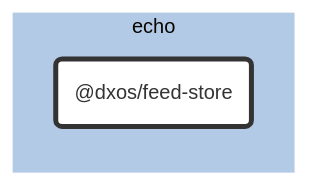
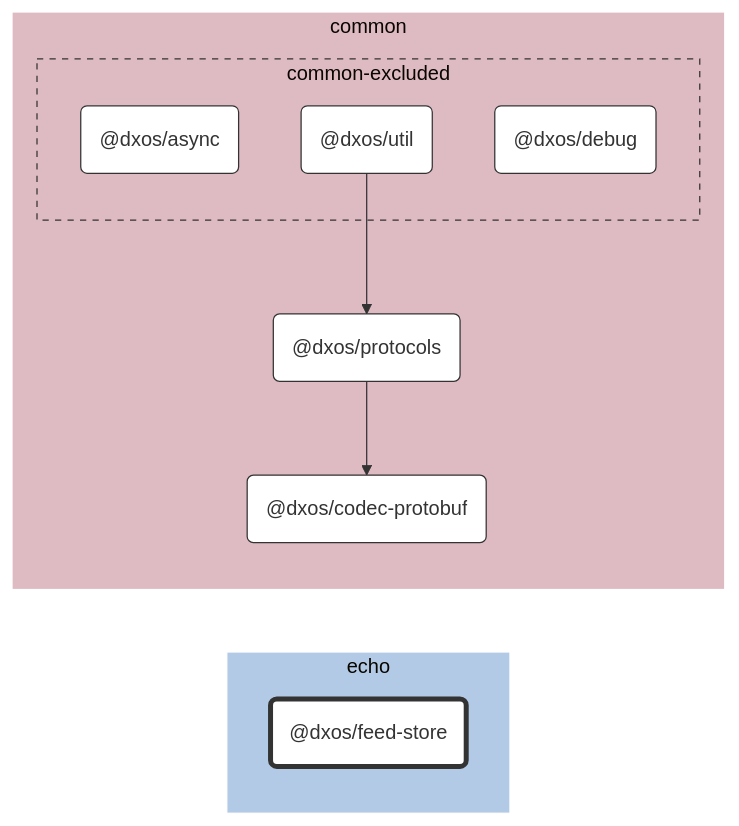
The diagram in packages/echo/feed-store/docs/README.md (dxos/dxos), drawn with Mermaid (base theme) before and after one commit. The commit also changed 65 other files, not shown here.

````diff
--- a/packages/echo/feed-store/docs/README.md
+++ b/packages/echo/feed-store/docs/README.md
@@ -7,20 +7,40 @@
 ```mermaid
 %%{ init: {'flowchart':{'curve':'basis'}} }%%
 
 flowchart LR
 
 %% Classes
 classDef def fill:#fff,stroke:#333,stroke-width:1px
 classDef root fill:#fff,stroke:#333,stroke-width:4px
 
 %% Nodes
 
 subgraph echo [echo]
   style echo fill:#b3cae6,stroke:#fff
   dxos/feed-store("@dxos/feed-store"):::root
   click dxos/feed-store "dxos/dxos/tree/main/packages/echo/feed-store/docs"
 end
 
+subgraph common [common]
+  style common fill:#debac2,stroke:#fff
+  dxos/protocols("@dxos/protocols"):::def
+  click dxos/protocols "dxos/dxos/tree/main/packages/common/protocols/docs"
+  dxos/codec-protobuf("@dxos/codec-protobuf"):::def
+  click dxos/codec-protobuf "dxos/dxos/tree/main/packages/common/codec-protobuf/docs"
+
+  subgraph common-excluded [common-excluded]
+    style common-excluded fill:#debac2,stroke:#333,stroke-dasharray:5 5
+    dxos/async("@dxos/async"):::def
+    click dxos/async "dxos/dxos/tree/main/packages/common/async/docs"
+    dxos/debug("@dxos/debug"):::def
+    click dxos/debug "dxos/dxos/tree/main/packages/common/debug/docs"
+    dxos/util("@dxos/util"):::def
+    click dxos/util "dxos/dxos/tree/main/packages/common/util/docs"
+  end
+end
+
 %% Links
 linkStyle default stroke:#333,stroke-width:1px
+dxos/util --> dxos/protocols
+dxos/protocols --> dxos/codec-protobuf
 ```
````
